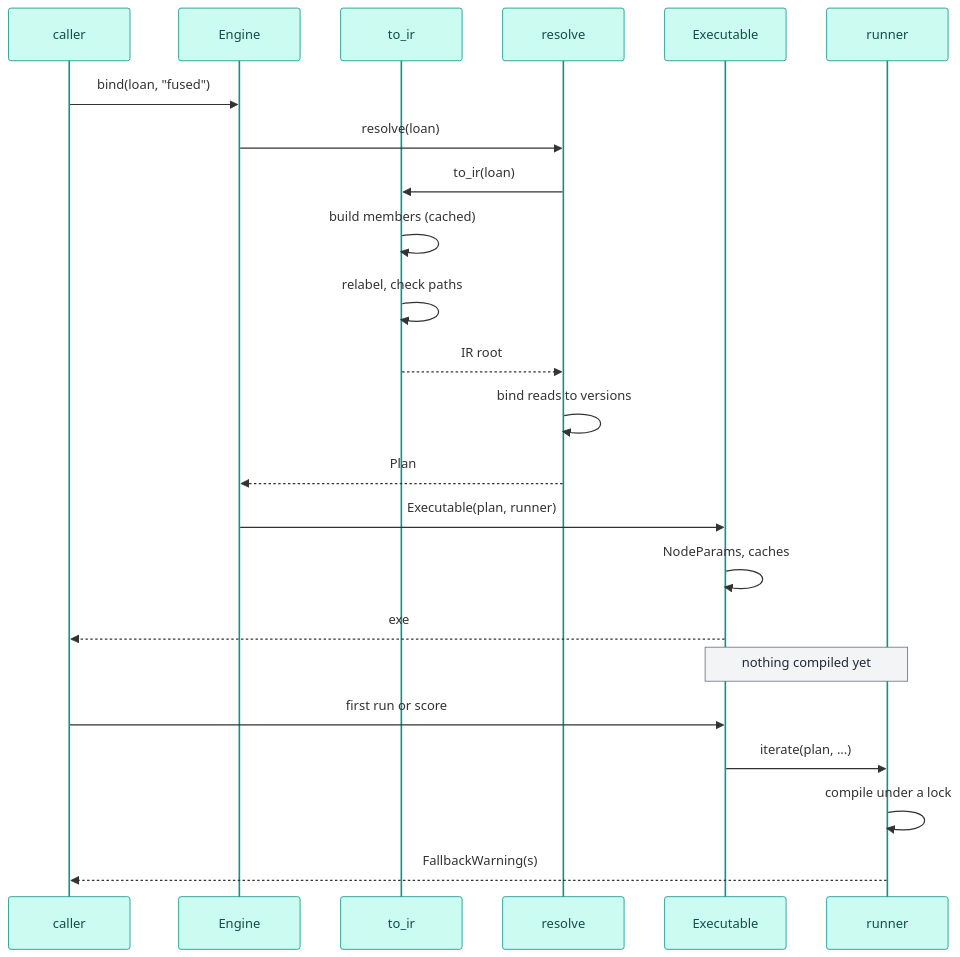
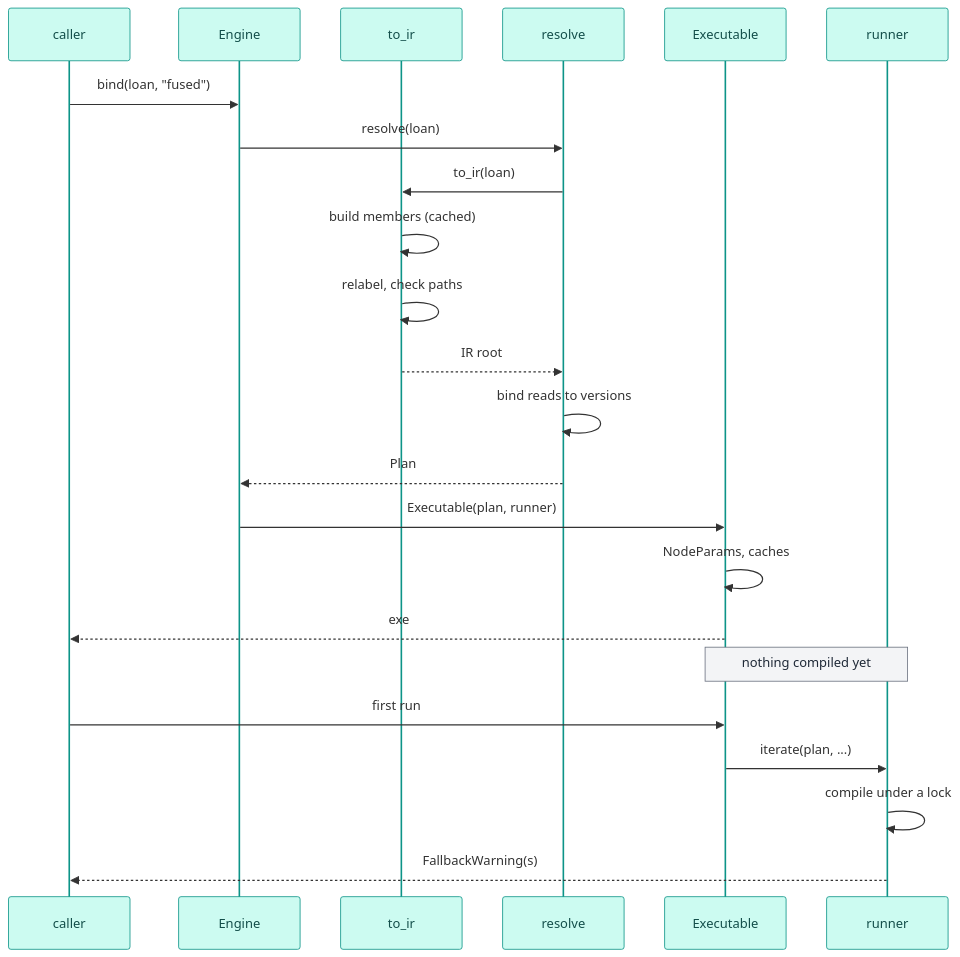
The second of 5 diagrams in docs/architecture/index.md (capitec/dsp-decision-engine), drawn with Mermaid before and after one commit. The commit also changed other lines of this file and 55 other files, not shown here.

Commit message:
docs: run takes a dict record or a frame; every score example and mention now says run, and the engine decision records the dispatch order and its cost

````diff
--- a/docs/architecture/index.md
+++ b/docs/architecture/index.md
@@ -210,26 +210,26 @@
 ```mermaid
 %%{init: {"theme": "base", "themeVariables": {"actorBkg": "#ccfbf1", "actorBorder": "#0d9488", "actorTextColor": "#134e4a", "noteBkgColor": "#f3f4f6", "noteBorderColor": "#6b7280", "noteTextColor": "#1f2937", "activationBkgColor": "#dbeafe", "activationBorderColor": "#2563eb"}}}%%
 sequenceDiagram
     participant U as caller
     participant E as Engine
     participant C as to_ir
     participant W as resolve
     participant X as Executable
     participant R as runner
     U->>E: bind(loan, "fused")
     E->>W: resolve(loan)
     W->>C: to_ir(loan)
     C->>C: build members (cached)
     C->>C: relabel, check paths
     C-->>W: IR root
     W->>W: bind reads to versions
     W-->>E: Plan
     E->>X: Executable(plan, runner)
     X->>X: NodeParams, caches
     X-->>U: exe
     Note over X,R: nothing compiled yet
-    U->>X: first run or score
+    U->>X: first run
     X->>R: iterate(plan, ...)
     R->>R: compile under a lock
     R-->>U: FallbackWarning(s)
 ```
````
